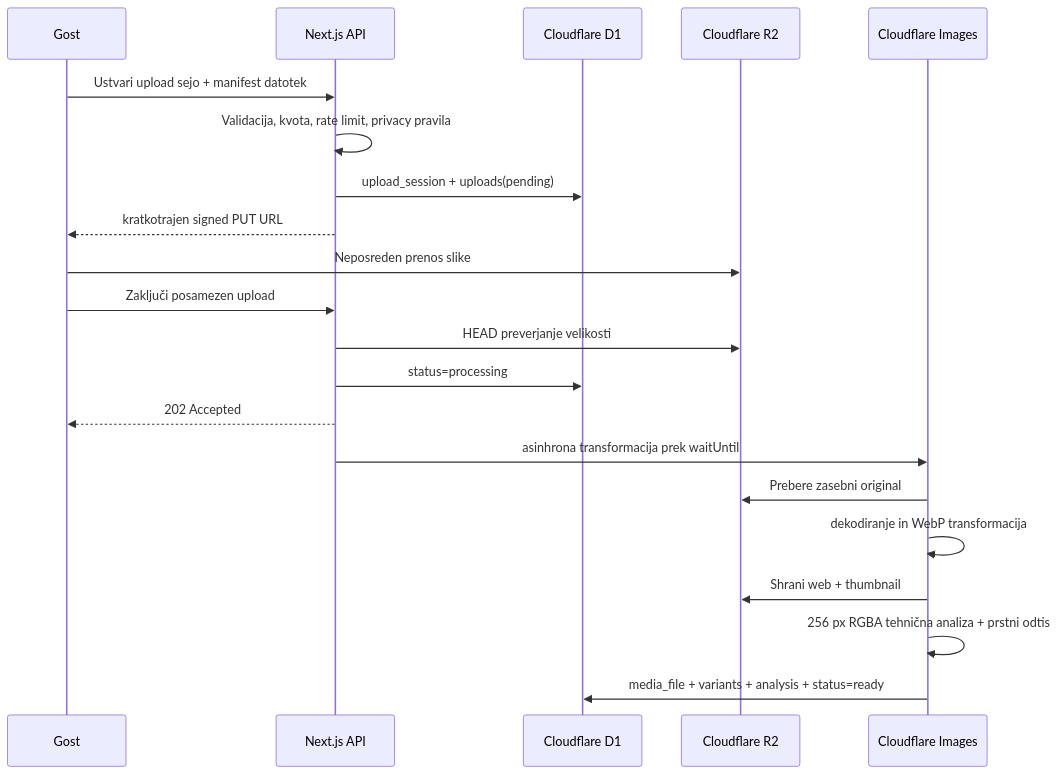
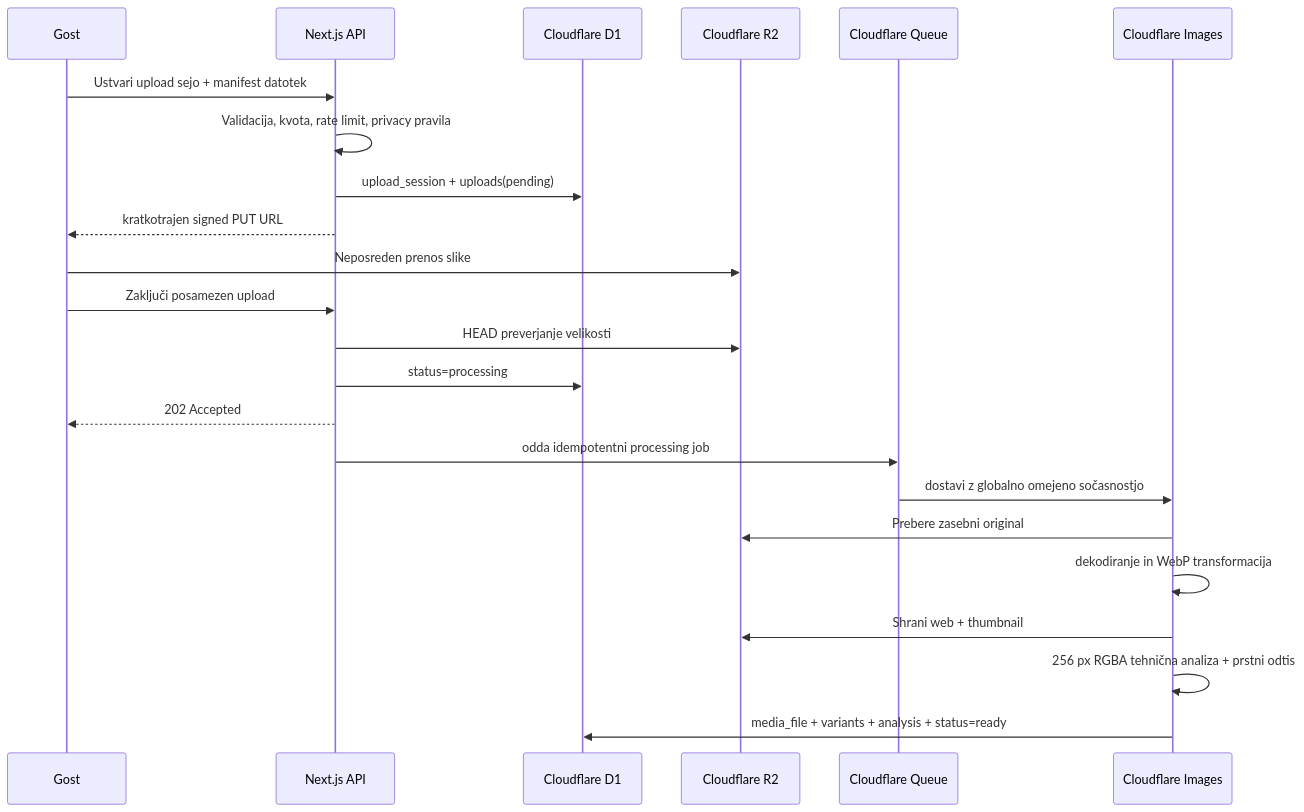
Before and after one commit to pmitja/eventaj-galerija: the diagram in docs/ARCHITECTURE.md, drawn with Mermaid. The commit also changed other lines of this file and 121 other files, not shown here.

````diff
--- a/docs/ARCHITECTURE.md
+++ b/docs/ARCHITECTURE.md
@@ -52,24 +63,26 @@
 ```mermaid
 sequenceDiagram
   participant G as Gost
   participant W as Next.js API
   participant D as Cloudflare D1
   participant S as Cloudflare R2
+  participant Q as Cloudflare Queue
   participant M as Cloudflare Images
 
   G->>W: Ustvari upload sejo + manifest datotek
   W->>W: Validacija, kvota, rate limit, privacy pravila
   W->>D: upload_session + uploads(pending)
   W-->>G: kratkotrajen signed PUT URL
   G->>S: Neposreden prenos slike
   G->>W: Zaključi posamezen upload
   W->>S: HEAD preverjanje velikosti
   W->>D: status=processing
   W-->>G: 202 Accepted
-  W->>M: asinhrona transformacija prek waitUntil
+  W->>Q: odda idempotentni processing job
+  Q->>M: dostavi z globalno omejeno sočasnostjo
   M->>S: Prebere zasebni original
   M->>M: dekodiranje in WebP transformacija
   M->>S: Shrani web + thumbnail
   M->>M: 256 px RGBA tehnična analiza + prstni odtis
   M->>D: media_file + variants + analysis + status=ready
 ```
````
